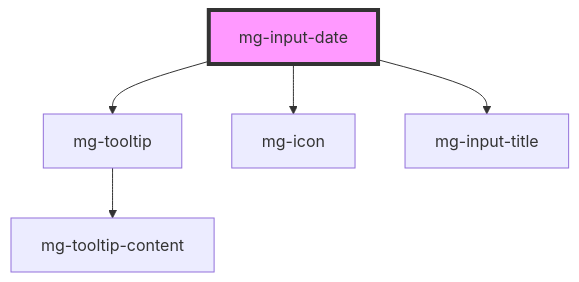
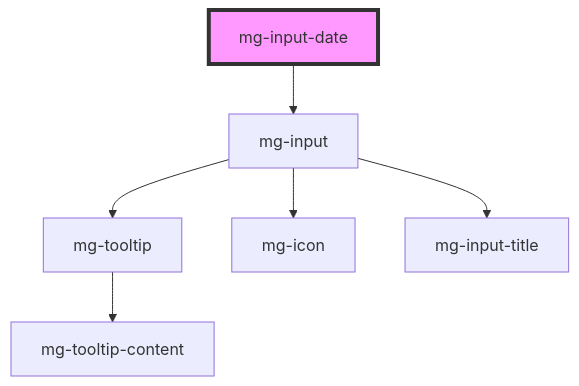
Before and after one commit to MGDIS/core-ui: the diagram in packages/mg-components/src/components/molecules/inputs/mg-input-date/readme.md, drawn with Mermaid. The commit also changed other lines of this file and 39 other files, not shown here.

````diff
--- a/packages/mg-components/src/components/molecules/inputs/mg-input-date/readme.md
+++ b/packages/mg-components/src/components/molecules/inputs/mg-input-date/readme.md
@@ -83,8 +81,9 @@
 ```mermaid
 graph TD;
-  mg-input-date --> mg-tooltip
-  mg-input-date --> mg-icon
-  mg-input-date --> mg-input-title
+  mg-input-date --> mg-input
+  mg-input --> mg-tooltip
+  mg-input --> mg-icon
+  mg-input --> mg-input-title
   mg-tooltip --> mg-tooltip-content
   style mg-input-date fill:#f9f,stroke:#333,stroke-width:4px
 ```
````
